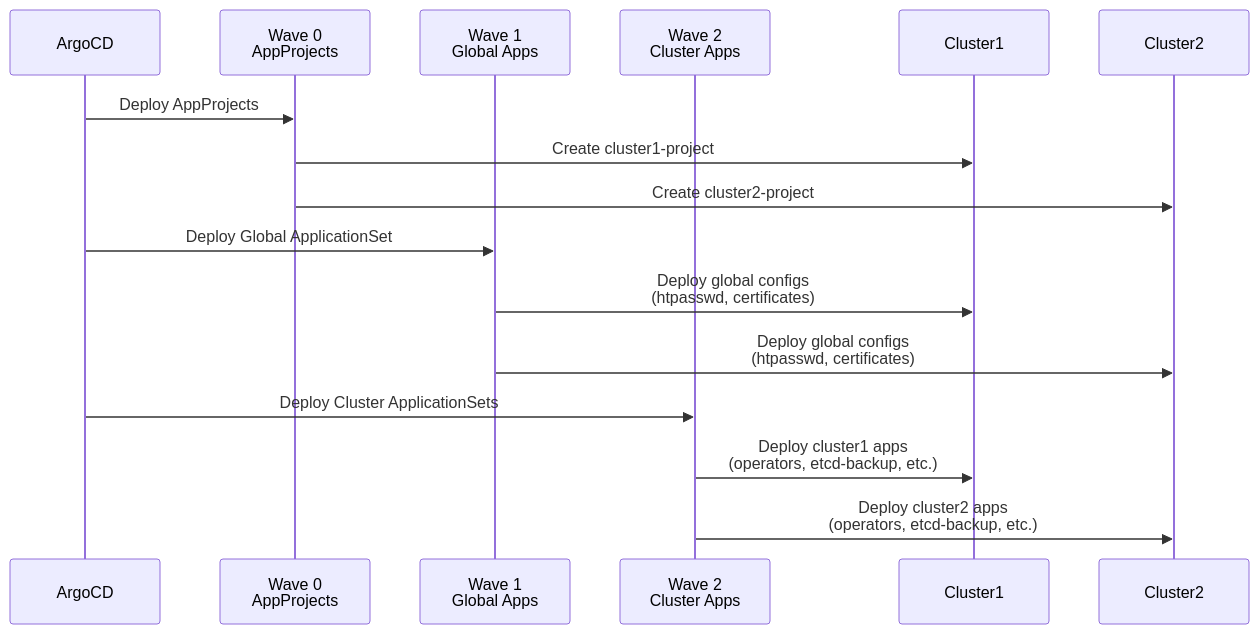
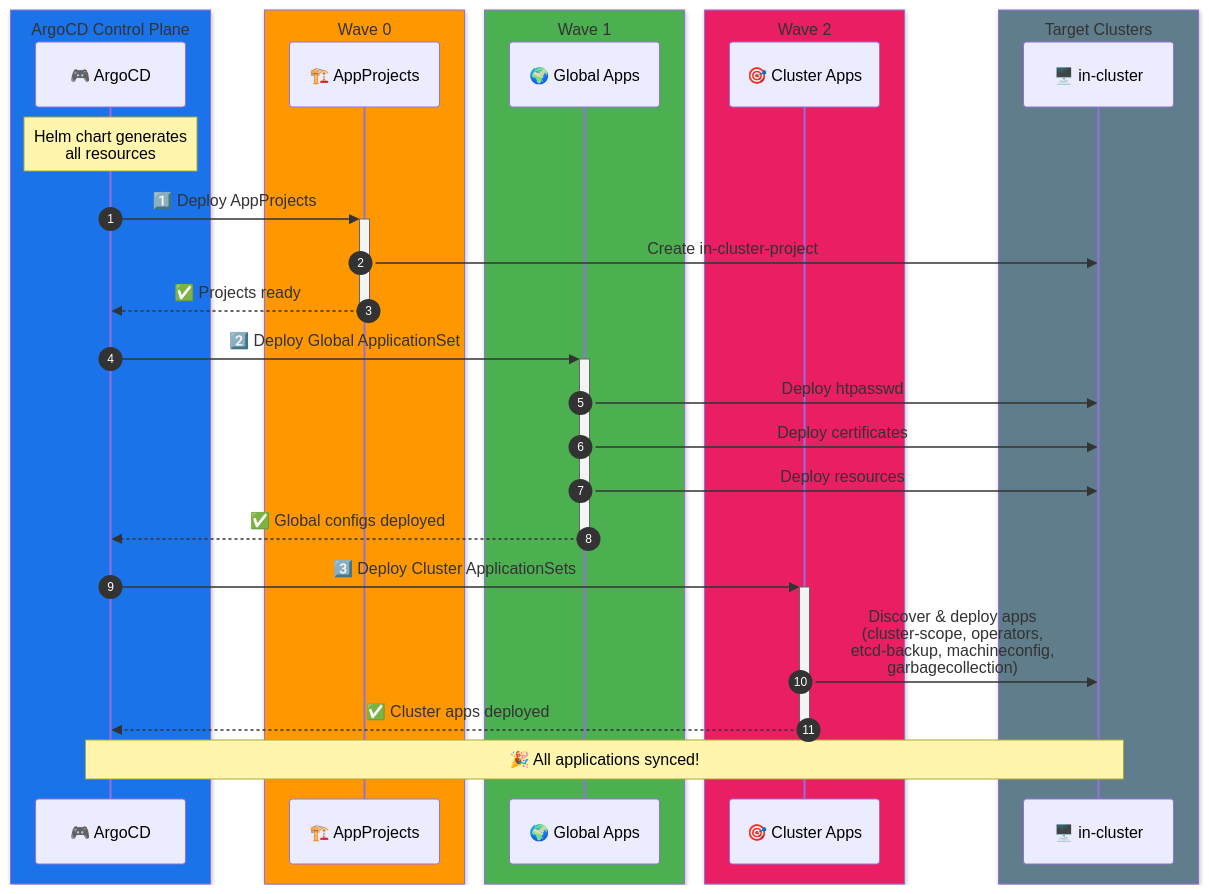
Before and after one commit to yakovbeder/beder-gitops-aoa: the second of 3 diagrams in argocd-diagram.md, drawn with Mermaid. The commit also changed other lines of this file, not shown here.

Commit message:
Enhance ArgoCD diagrams with improved visuals, subgraphs, and repository relationship diagram

````diff
--- a/argocd-diagram.md
+++ b/argocd-diagram.md
@@ -46,21 +74,42 @@
 ```mermaid
 sequenceDiagram
-    participant ArgoCD
-    participant Wave0 as Wave 0<br/>AppProjects
-    participant Wave1 as Wave 1<br/>Global Apps
-    participant Wave2 as Wave 2<br/>Cluster Apps
-    participant Cluster1
-    participant Cluster2
+    autonumber
     
-    ArgoCD->>Wave0: Deploy AppProjects
-    Wave0->>Cluster1: Create cluster1-project
-    Wave0->>Cluster2: Create cluster2-project
+    box rgb(26, 115, 232) ArgoCD Control Plane
+        participant ArgoCD as 🎮 ArgoCD
+    end
     
-    ArgoCD->>Wave1: Deploy Global ApplicationSet
-    Wave1->>Cluster1: Deploy global configs<br/>(htpasswd, certificates)
-    Wave1->>Cluster2: Deploy global configs<br/>(htpasswd, certificates)
+    box rgb(255, 152, 0) Wave 0
+        participant Wave0 as 🏗️ AppProjects
+    end
     
-    ArgoCD->>Wave2: Deploy Cluster ApplicationSets
-    Wave2->>Cluster1: Deploy cluster1 apps<br/>(operators, etcd-backup, etc.)
-    Wave2->>Cluster2: Deploy cluster2 apps<br/>(operators, etcd-backup, etc.)
+    box rgb(76, 175, 80) Wave 1
+        participant Wave1 as 🌍 Global Apps
+    end
+    
+    box rgb(233, 30, 99) Wave 2
+        participant Wave2 as 🎯 Cluster Apps
+    end
+    
+    box rgb(96, 125, 139) Target Clusters
+        participant InCluster as 🖥️ in-cluster
+    end
+
+    Note over ArgoCD: Helm chart generates<br/>all resources
+
+    ArgoCD->>+Wave0: 1️⃣ Deploy AppProjects
+    Wave0->>InCluster: Create in-cluster-project
+    Wave0-->>-ArgoCD: ✅ Projects ready
+
+    ArgoCD->>+Wave1: 2️⃣ Deploy Global ApplicationSet
+    Wave1->>InCluster: Deploy htpasswd
+    Wave1->>InCluster: Deploy certificates
+    Wave1->>InCluster: Deploy resources
+    Wave1-->>-ArgoCD: ✅ Global configs deployed
+
+    ArgoCD->>+Wave2: 3️⃣ Deploy Cluster ApplicationSets
+    Wave2->>InCluster: Discover & deploy apps<br/>(cluster-scope, operators,<br/>etcd-backup, machineconfig,<br/>garbagecollection)
+    Wave2-->>-ArgoCD: ✅ Cluster apps deployed
+
+    Note over ArgoCD,InCluster: 🎉 All applications synced!
 ```
````
